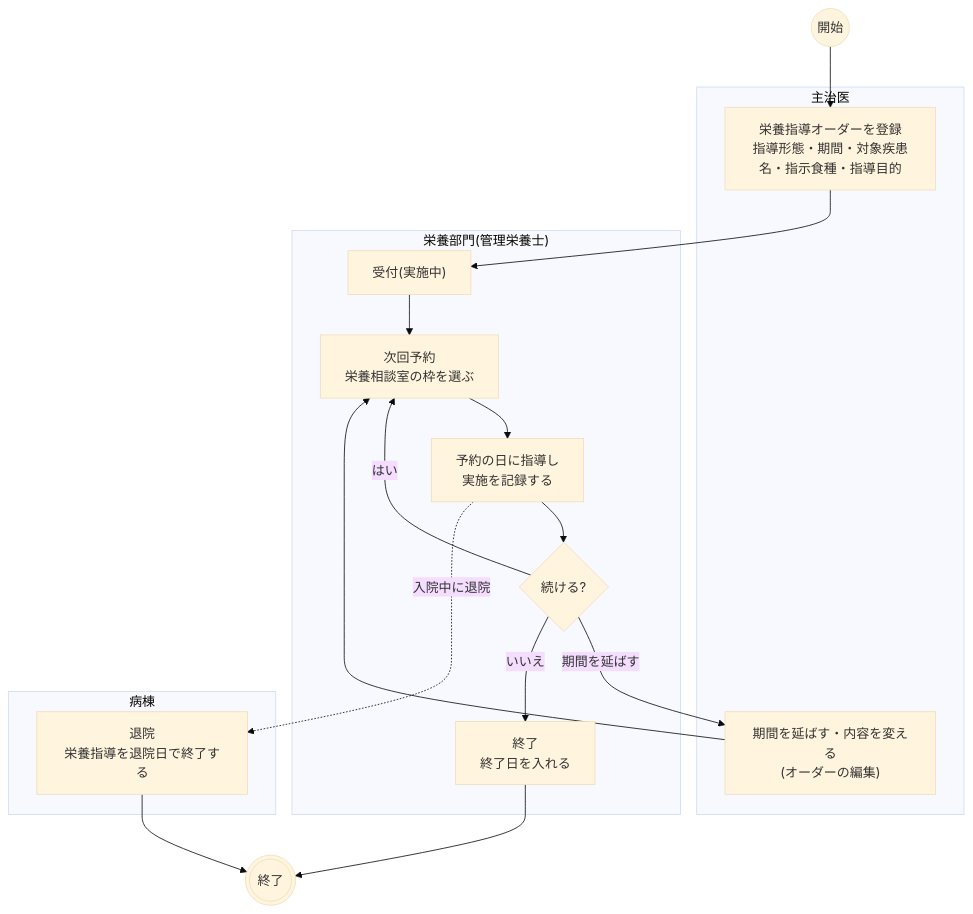
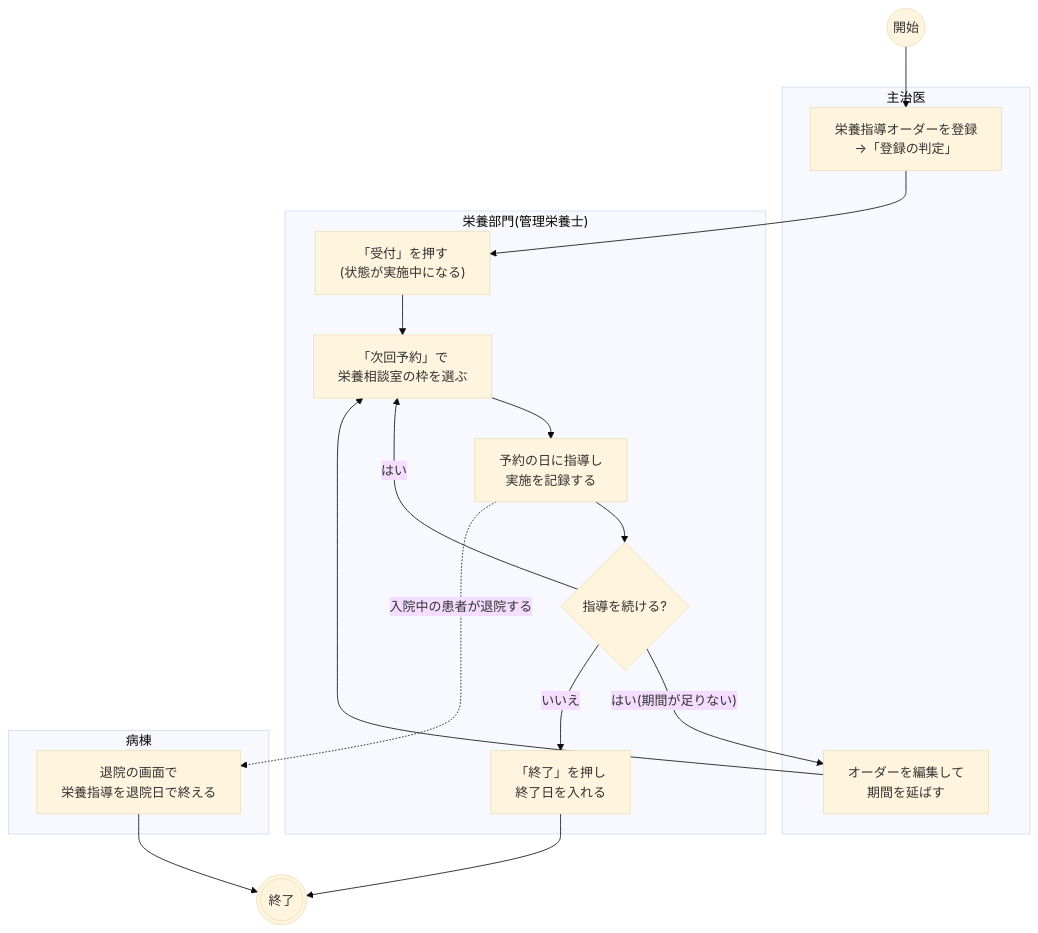
The first of 6 diagrams in docs/flows/guidance.md (ysnr-dev/fhir-client-docs), drawn with Mermaid (base theme) before and after one commit. The commit also changed other lines of this file and 43 other files, not shown here.

Commit message:
docs: 業務フローとシーケンス図を写し直し

````diff
--- a/docs/flows/guidance.md
+++ b/docs/flows/guidance.md
@@ -44,28 +12,28 @@
 ```mermaid
 flowchart TD
   start(("開始"))
   finish((("終了")))
 
   subgraph doctor["主治医"]
-    order["栄養指導オーダーを登録<br/>指導形態・期間・対象疾患名・指示食種・指導目的"]
-    edit["期間を延ばす・内容を変える<br/>(オーダーの編集)"]
+    order["栄養指導オーダーを登録<br/>→「登録の判定」"]
+    edit["オーダーを編集して<br/>期間を延ばす"]
   end
 
   subgraph dept["栄養部門(管理栄養士)"]
-    accept["受付(実施中)"]
-    book["次回予約<br/>栄養相談室の枠を選ぶ"]
+    accept["「受付」を押す<br/>(状態が実施中になる)"]
+    book["「次回予約」で<br/>栄養相談室の枠を選ぶ"]
     day["予約の日に指導し<br/>実施を記録する"]
-    more{"続ける?"}
-    close["終了<br/>終了日を入れる"]
+    more{"指導を続ける?"}
+    close["「終了」を押し<br/>終了日を入れる"]
   end
 
   subgraph ward["病棟"]
-    discharge["退院<br/>栄養指導を退院日で終了する"]
+    discharge["退院の画面で<br/>栄養指導を退院日で終える"]
   end
 
   start --> order --> accept --> book --> day --> more
   more -- "はい" --> book
-  more -- "期間を延ばす" --> edit --> book
+  more -- "はい(期間が足りない)" --> edit --> book
   more -- "いいえ" --> close --> finish
-  day -. "入院中に退院" .-> discharge --> finish
+  day -. "入院中の患者が退院する" .-> discharge --> finish
 ```
````
